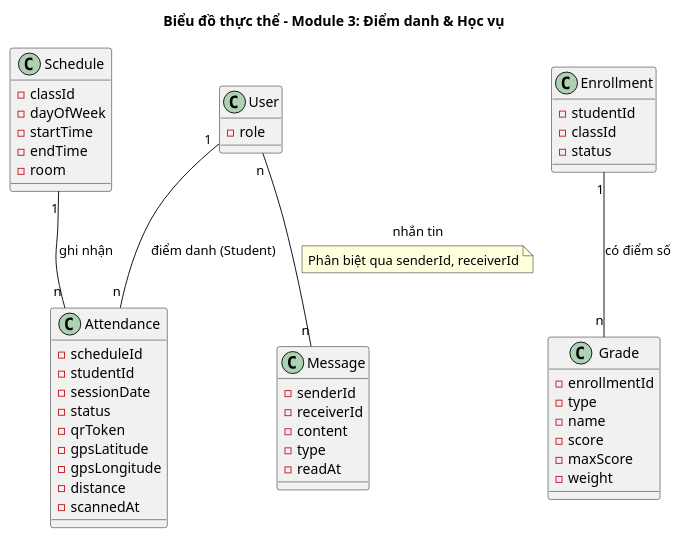
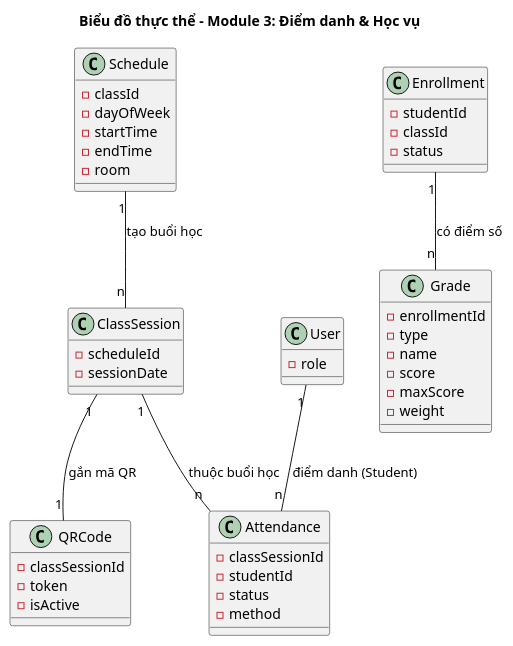
The fifth of 20 diagrams in report/md/module3_attendance_grades.md (thanhtrnnn/universe), drawn with PlantUML before and after one commit. The commit also changed other lines of this file and 4 other files, not shown here.

````diff
--- a/report/md/module3_attendance_grades.md
+++ b/report/md/module3_attendance_grades.md
@@ -150,58 +240,56 @@
 ```plantuml
 @startuml
 title Biểu đồ thực thể – Module 3: Điểm danh & Học vụ
 
 class Schedule {
   -classId
   -dayOfWeek
   -startTime
   -endTime
   -room
 }
 
+class ClassSession {
+  -scheduleId
+  -sessionDate
+}
+
+class QRCode {
+  -classSessionId
+  -token
+  -isActive
+}
+
 class Attendance {
-  -scheduleId
+  -classSessionId
   -studentId
-  -sessionDate
   -status
-  -qrToken
-  -gpsLatitude
-  -gpsLongitude
-  -distance
-  -scannedAt
+  -method
 }
 
 class Enrollment {
   -studentId
   -classId
   -status
 }
 
 class Grade {
   -enrollmentId
   -type
   -name
   -score
   -maxScore
   -weight
 }
 
-class Message {
-  -senderId
-  -receiverId
-  -content
-  -type
-  -readAt
-}
-
 class User {
   -role
 }
 
-Schedule "1" -- "n" Attendance : ghi nhận
+Schedule "1" -- "n" ClassSession : tạo buổi học
+ClassSession "1" -- "1" QRCode : gắn mã QR
 User "1" -- "n" Attendance : điểm danh (Student)
+ClassSession "1" -- "n" Attendance : thuộc buổi học
 Enrollment "1" -- "n" Grade : có điểm số
-User "n" -- "n" Message : nhắn tin
-note on link: Phân biệt qua senderId, receiverId
 @enduml
 ```
````
